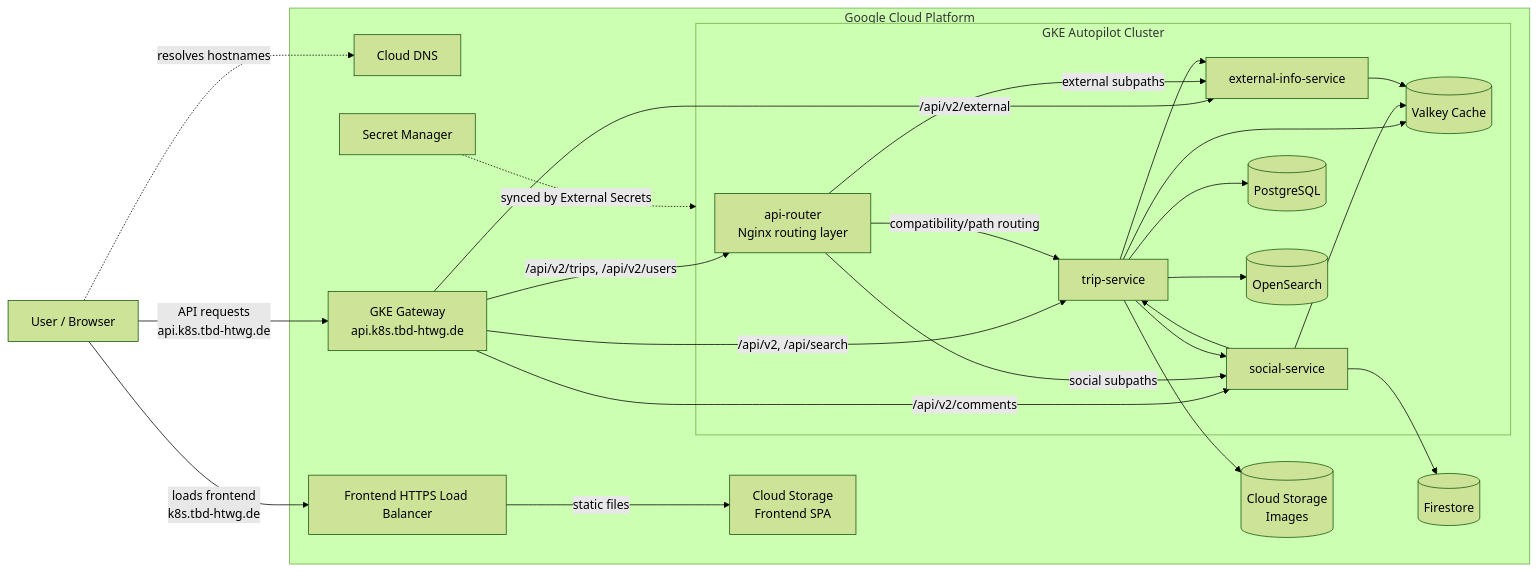
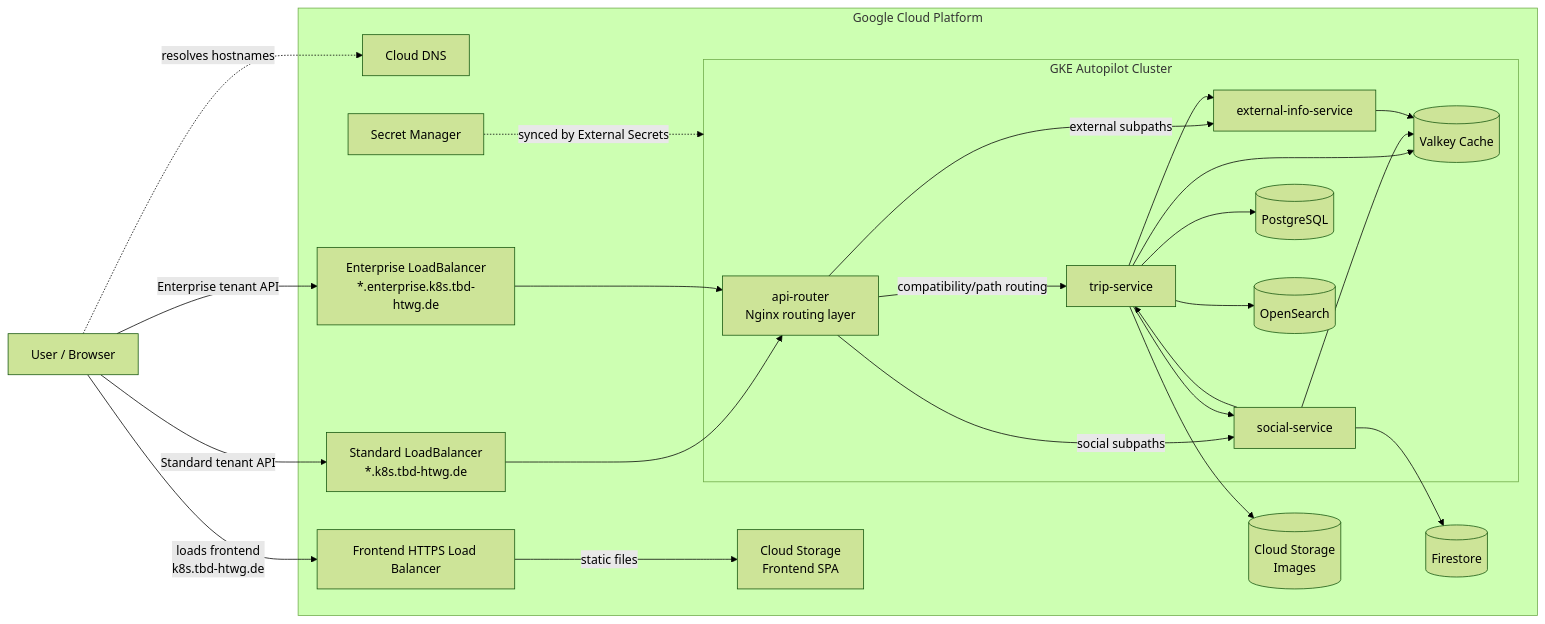
One commit to tbd-htwg/infrastructure changed the diagram in ms2/docs/ms2_report_management.md. Above: the diagram before and after it, drawn with Mermaid (forest theme). The commit also changed other lines of this file and 66 other files, not shown here.

````diff
--- a/ms2/docs/ms2_report_management.md
+++ b/ms2/docs/ms2_report_management.md
@@ -9,53 +9,53 @@
 ```mermaid
 flowchart LR
     User[User / Browser]
 
     subgraph GCP[Google Cloud Platform]
         DNS[Cloud DNS]
         FLB[Frontend HTTPS Load Balancer]
         Bucket[Cloud Storage\nFrontend SPA]
-        Gateway[GKE Gateway\napi.k8s.tbd-htwg.de]
+        StdLB[Standard LoadBalancer\n*.k8s.tbd-htwg.de]
+        EntLB[Enterprise LoadBalancer\n*.enterprise.k8s.tbd-htwg.de]
 
         subgraph GKE[GKE Autopilot Cluster]
             Router[api-router\nNginx routing layer]
             Trip[trip-service]
             Social[social-service]
             External[external-info-service]
             Postgres[(PostgreSQL)]
             Search[(OpenSearch)]
             Valkey[(Valkey Cache)]
         end
 
         Firestore[(Firestore)]
         Images[(Cloud Storage\nImages)]
         Secrets[Secret Manager]
     end
 
     User -. resolves hostnames .-> DNS
     User -->|loads frontend\nk8s.tbd-htwg.de| FLB
     FLB -->|static files| Bucket
-    User -->|API requests\napi.k8s.tbd-htwg.de| Gateway
-    Gateway -->|/api/v2/trips, /api/v2/users| Router
-    Gateway -->|/api/v2, /api/search| Trip
-    Gateway -->|/api/v2/comments| Social
-    Gateway -->|/api/v2/external| External
+    User -->|Standard tenant API| StdLB
+    User -->|Enterprise tenant API| EntLB
+    StdLB --> Router
+    EntLB --> Router
 
     Router -->|compatibility/path routing| Trip
     Router -->|social subpaths| Social
     Router -->|external subpaths| External
 
     Trip --> Postgres
     Trip --> Search
     Trip --> Valkey
     Trip --> Images
     Trip --> Social
     Trip --> External
 
     Social --> Firestore
     Social --> Valkey
     Social --> Trip
 
     External --> Valkey
 
     Secrets -. synced by External Secrets .-> GKE
 ```
````
